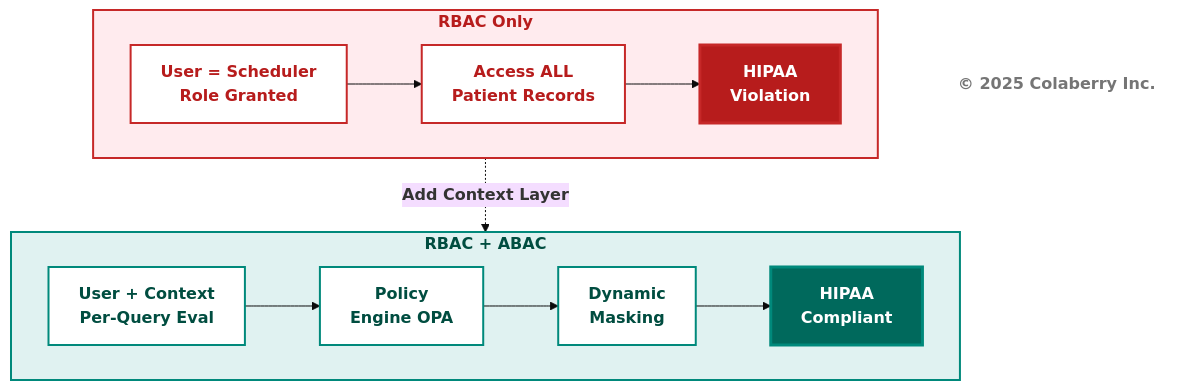
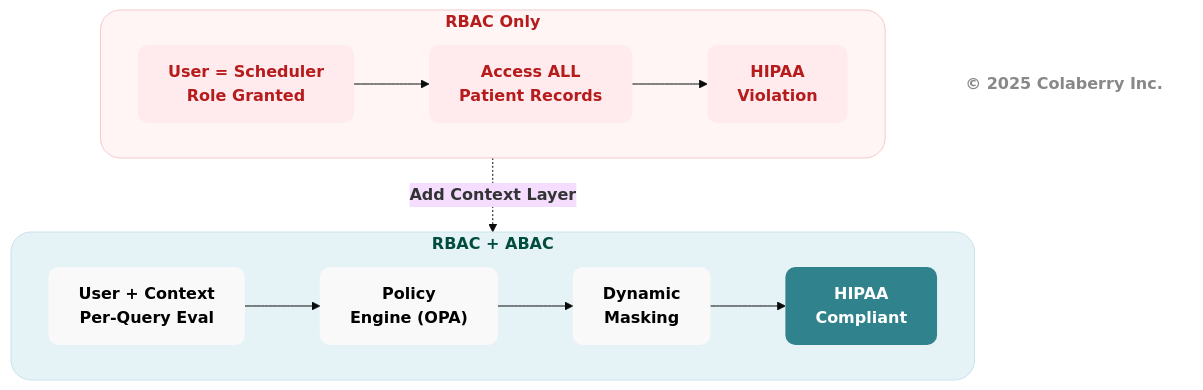
One commit to saitejesh-cyber/trust-before-intelligence-book changed the ninth of 12 diagrams in manuscript/03_chapter_2_inpact_framework.md. Above: the diagram before and after it, drawn with Mermaid (base theme). The commit also changed other lines of this file and 4 other files, not shown here.

Commit message:
Chapter 1to5: Updated mermaid diagrams based on new colaberry color code

````diff
--- a/manuscript/03_chapter_2_inpact_framework.md
+++ b/manuscript/03_chapter_2_inpact_framework.md
@@ -627,33 +660,38 @@
 ```mermaid
 graph TB
     subgraph ERA1["<b>RBAC Only</b>"]
         direction LR
         A1["<b>User = Scheduler<br/>Role Granted</b>"] --> B1["<b>Access ALL<br/>Patient Records</b>"]
         B1 --> D1["<b>HIPAA<br/>Violation</b>"]
         
-        style D1 fill:#b71c1c,color:#ffffff,stroke:#c62828,stroke-width:3px
+        %% 🔴 CRITICAL COMPLIANCE FAILURE
+        style D1 fill:#990000,stroke:#b71c1c,stroke-width:1px,color:#ffffff,rx:10,ry:10
     end
     
+    %% 🔵 TRANSITION — CONTEXT ADDED
     ERA1 -.->|<b>Add Context Layer</b>| ERA2
     
     subgraph ERA2["<b>RBAC + ABAC</b>"]
         direction LR
-        A2["<b>User + Context<br/>Per-Query Eval</b>"] --> B2["<b>Policy<br/>Engine OPA</b>"]
+        A2["<b>User + Context<br/>Per-Query Eval</b>"] --> B2["<b>Policy<br/>Engine (OPA)</b>"]
         B2 --> C2["<b>Dynamic<br/>Masking</b>"]
         C2 --> D2["<b>HIPAA<br/>Compliant</b>"]
-        
-        style D2 fill:#00695c,color:#ffffff,stroke:#00897b,stroke-width:3px
     end
-    
-    style ERA1 fill:#ffebee,stroke:#c62828,stroke-width:2px,color:#b71c1c
-    style A1 fill:#ffffff,stroke:#c62828,stroke-width:2px,color:#b71c1c
-    style B1 fill:#ffffff,stroke:#c62828,stroke-width:2px,color:#b71c1c
-    
-    style ERA2 fill:#e0f2f1,stroke:#00897b,stroke-width:2px,color:#004d40
-    style A2 fill:#ffffff,stroke:#00897b,stroke-width:2px,color:#004d40
-    style B2 fill:#ffffff,stroke:#00897b,stroke-width:2px,color:#004d40
-    style C2 fill:#ffffff,stroke:#00897b,stroke-width:2px,color:#004d40
-    
+
+    %% 🔴 FAILURE / COMPLIANCE RISK
+    style ERA1 fill:#fff5f5,stroke:#f2caca,stroke-width:1px,color:#b71c1c,rx:20,ry:20
+    style A1 fill:#ffebee,stroke:none,color:#b71c1c,rx:10,ry:10
+    style B1 fill:#ffebee,stroke:none,color:#b71c1c,rx:10,ry:10
+    style D1 fill:#ffebee,stroke:none,color:#b71c1c,rx:10,ry:10
+
+    %% 🟢 TRUSTED / COMPLIANT OUTCOME
+    style ERA2 fill:#e6f3f6,stroke:#c7e3ea,stroke-width:1px,color:#004d40,rx:20,ry:20
+    style A2 fill:#f9f9f9,stroke:none,color:#000000,rx:10,ry:10
+    style B2 fill:#f9f9f9,stroke:none,color:#000000,rx:10,ry:10
+    style C2 fill:#f9f9f9,stroke:none,color:#000000,rx:10,ry:10
+    style D2 fill:#30838C,stroke:none,color:#ffffff,rx:10,ry:10
+
+    %% FOOTER
     Copyright["<b>© 2025 Colaberry Inc.</b>"]
-    style Copyright fill:#ffffff,stroke:none,color:#757575
+    style Copyright fill:none,stroke:none,color:#888888
 ```
````
